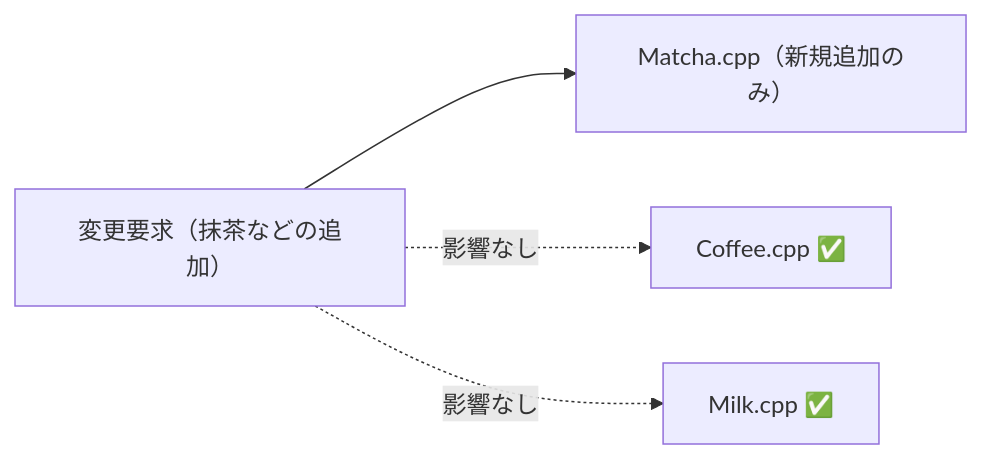
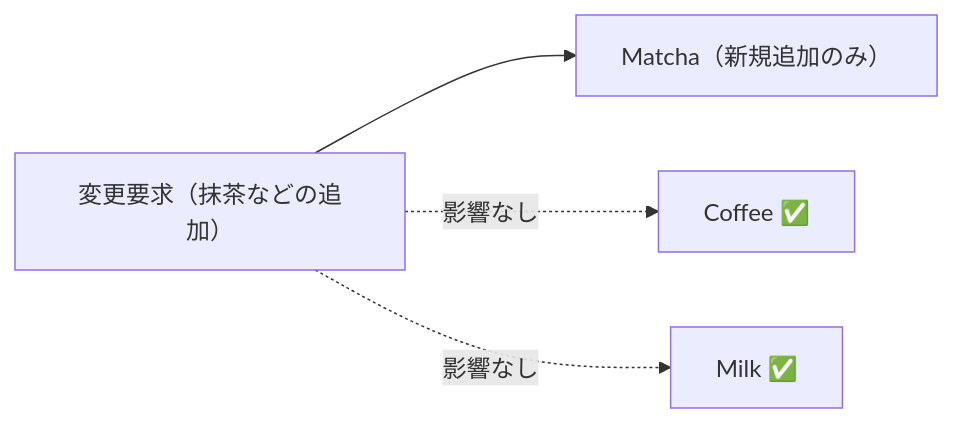
The fourth of 5 diagrams in kindle/design-patterns/output/chapter06.md (kumachan1101-pixel/DesignPattern), drawn with Mermaid before and after one commit. The commit also changed other lines of this file and 8 other files, not shown here.

````diff
--- a/kindle/design-patterns/output/chapter06.md
+++ b/kindle/design-patterns/output/chapter06.md
@@ -1003,6 +1003,6 @@
 ```mermaid
 graph LR
-    T1["変更要求（抹茶などの追加）"] --> F1["Matcha.cpp（新規追加のみ）"]
-    T1 -. "影響なし" .-> A["Coffee.cpp ✅"]
-    T1 -. "影響なし" .-> B["Milk.cpp ✅"]
+    T1["変更要求（抹茶などの追加）"] --> F1["Matcha（新規追加のみ）"]
+    T1 -. "影響なし" .-> A["Coffee ✅"]
+    T1 -. "影響なし" .-> B["Milk ✅"]
 ```
````
